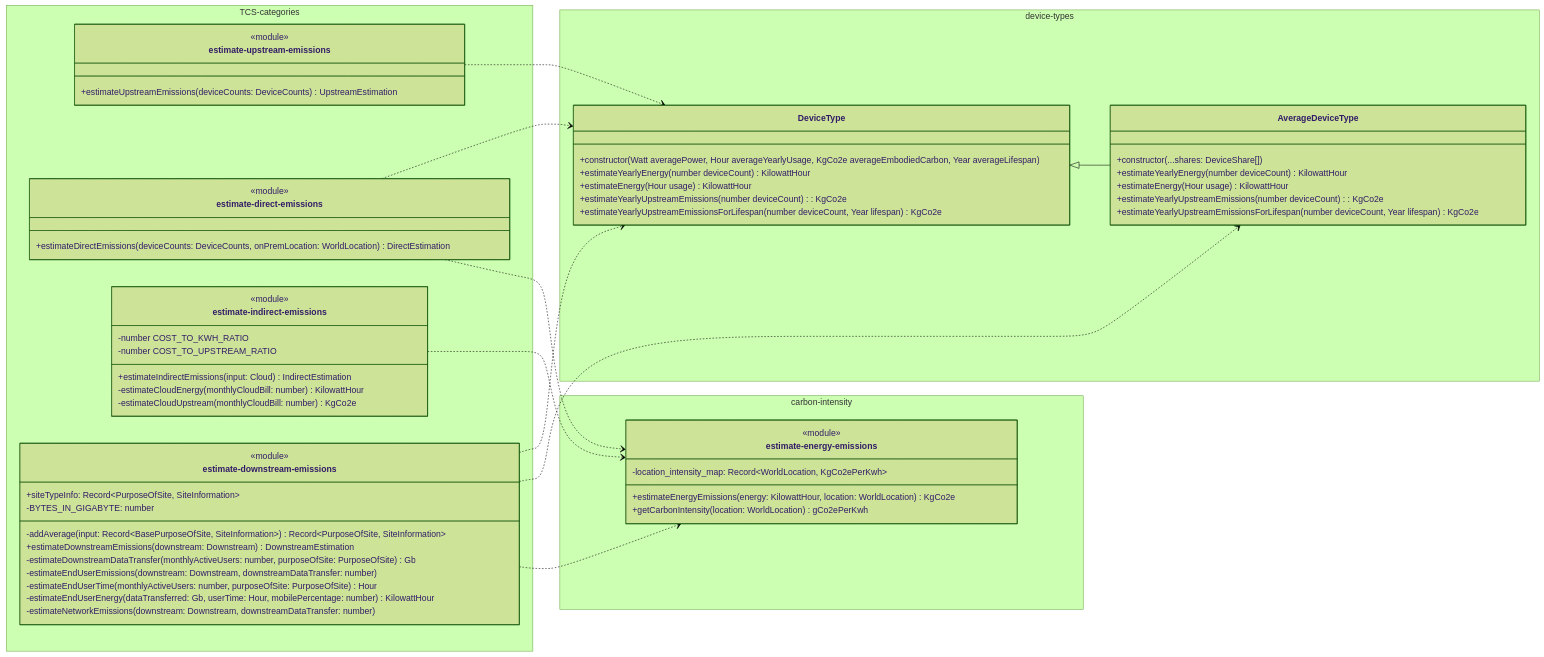
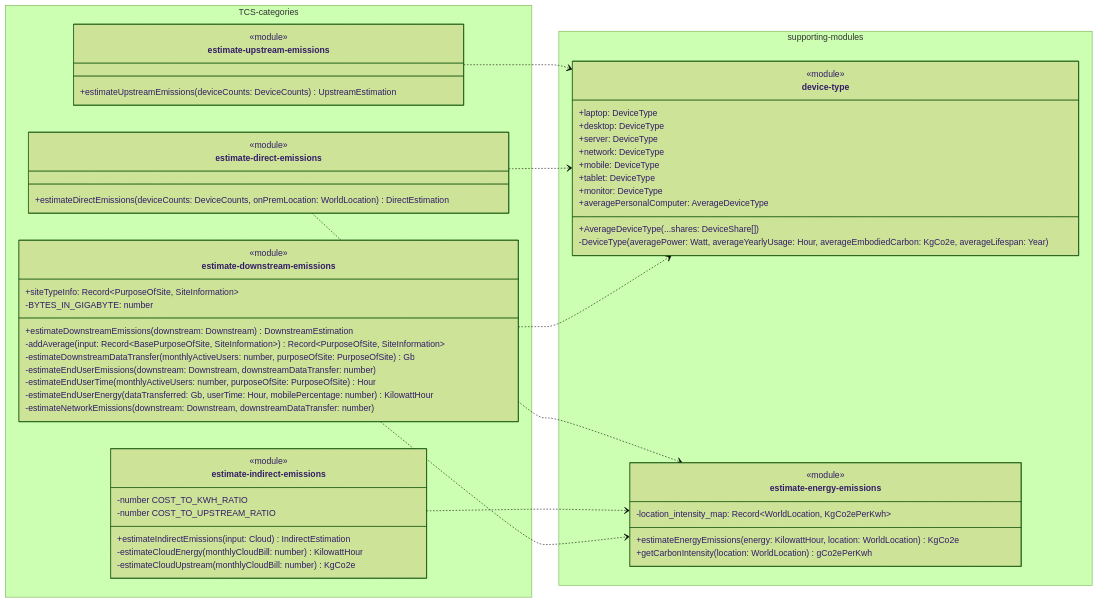
The first of 3 diagrams in docs/estimation.md (ScottLogic/sl-tech-carbon-estimator), drawn with Mermaid (forest theme) before and after one commit. The commit also changed other lines of this file, not shown here.

Commit message:
Break out estimation diagram so that it will be more readable

````diff
--- a/docs/estimation.md
+++ b/docs/estimation.md
@@ -5,75 +5,67 @@
 ```mermaid
 classDiagram
   direction LR
   namespace TCS-categories {
     class estimate-upstream-emissions{
       <<module>>
       +estimateUpstreamEmissions(deviceCounts: DeviceCounts) UpstreamEstimation
     }
 
     class estimate-direct-emissions{
       <<module>>
       +estimateDirectEmissions(deviceCounts: DeviceCounts, onPremLocation: WorldLocation) DirectEstimation
     }
 
     class estimate-indirect-emissions{
       <<module>>
       -number COST_TO_KWH_RATIO
       -number COST_TO_UPSTREAM_RATIO
       +estimateIndirectEmissions(input: Cloud) IndirectEstimation
       -estimateCloudEnergy(monthlyCloudBill: number) KilowattHour
       -estimateCloudUpstream(monthlyCloudBill: number) KgCo2e
     }
 
     class estimate-downstream-emissions{
       <<module>>
       +siteTypeInfo: Record~PurposeOfSite, SiteInformation~
       -BYTES_IN_GIGABYTE: number
+      +estimateDownstreamEmissions(downstream: Downstream) DownstreamEstimation
       -addAverage(input: Record~BasePurposeOfSite, SiteInformation~) Record~PurposeOfSite, SiteInformation~
-      +estimateDownstreamEmissions(downstream: Downstream) DownstreamEstimation
       -estimateDownstreamDataTransfer(monthlyActiveUsers: number, purposeOfSite: PurposeOfSite) Gb
       -estimateEndUserEmissions(downstream: Downstream, downstreamDataTransfer: number)
       -estimateEndUserTime(monthlyActiveUsers: number, purposeOfSite: PurposeOfSite) Hour
       -estimateEndUserEnergy(dataTransferred: Gb, userTime: Hour, mobilePercentage: number) KilowattHour 
       -estimateNetworkEmissions(downstream: Downstream, downstreamDataTransfer: number) 
     }
   }
 
-
-  namespace device-types{
-    class DeviceType {
-      +constructor(Watt averagePower, Hour averageYearlyUsage, KgCo2e averageEmbodiedCarbon, Year averageLifespan)
-      +estimateYearlyEnergy(number deviceCount) KilowattHour
-      +estimateEnergy(Hour usage) KilowattHour
-      +estimateYearlyUpstreamEmissions(number deviceCount): KgCo2e
-      +estimateYearlyUpstreamEmissionsForLifespan(number deviceCount, Year lifespan) KgCo2e
+  namespace supporting-modules{
+    class device-type {
+      <<module>>
+      +laptop: DeviceType
+      +desktop: DeviceType
+      +server: DeviceType
+      +network: DeviceType
+      +mobile: DeviceType
+      +tablet: DeviceType
+      +monitor: DeviceType
+      +averagePersonalComputer: AverageDeviceType
+      +AverageDeviceType(...shares: DeviceShare[])
+      -DeviceType(averagePower: Watt, averageYearlyUsage: Hour, averageEmbodiedCarbon: KgCo2e, averageLifespan: Year)
     }
 
-    class AverageDeviceType {
-      +constructor(...shares: DeviceShare[])
-      +estimateYearlyEnergy(number deviceCount) KilowattHour
-      +estimateEnergy(Hour usage) KilowattHour
-      +estimateYearlyUpstreamEmissions(number deviceCount): KgCo2e
-      +estimateYearlyUpstreamEmissionsForLifespan(number deviceCount, Year lifespan) KgCo2e
-    }
-  }
-
-  namespace carbon-intensity {
     class estimate-energy-emissions {
       <<module>>
       -location_intensity_map: Record~WorldLocation, KgCo2ePerKwh~
       +estimateEnergyEmissions(energy: KilowattHour, location: WorldLocation) KgCo2e
       +getCarbonIntensity(location: WorldLocation) gCo2ePerKwh
     }
   }
 
-  estimate-upstream-emissions ..> DeviceType
-  estimate-direct-emissions ..> DeviceType
-  estimate-downstream-emissions ..> DeviceType
-  estimate-downstream-emissions ..> AverageDeviceType
+  estimate-upstream-emissions ..> device-type
   estimate-direct-emissions ..> estimate-energy-emissions
+  estimate-direct-emissions ..> device-type
   estimate-indirect-emissions ..> estimate-energy-emissions
   estimate-downstream-emissions ..> estimate-energy-emissions
-  %%AverageDeviceType --|> DeviceType
-  DeviceType <|-- AverageDeviceType
+  estimate-downstream-emissions ..> device-type
 ```
````
